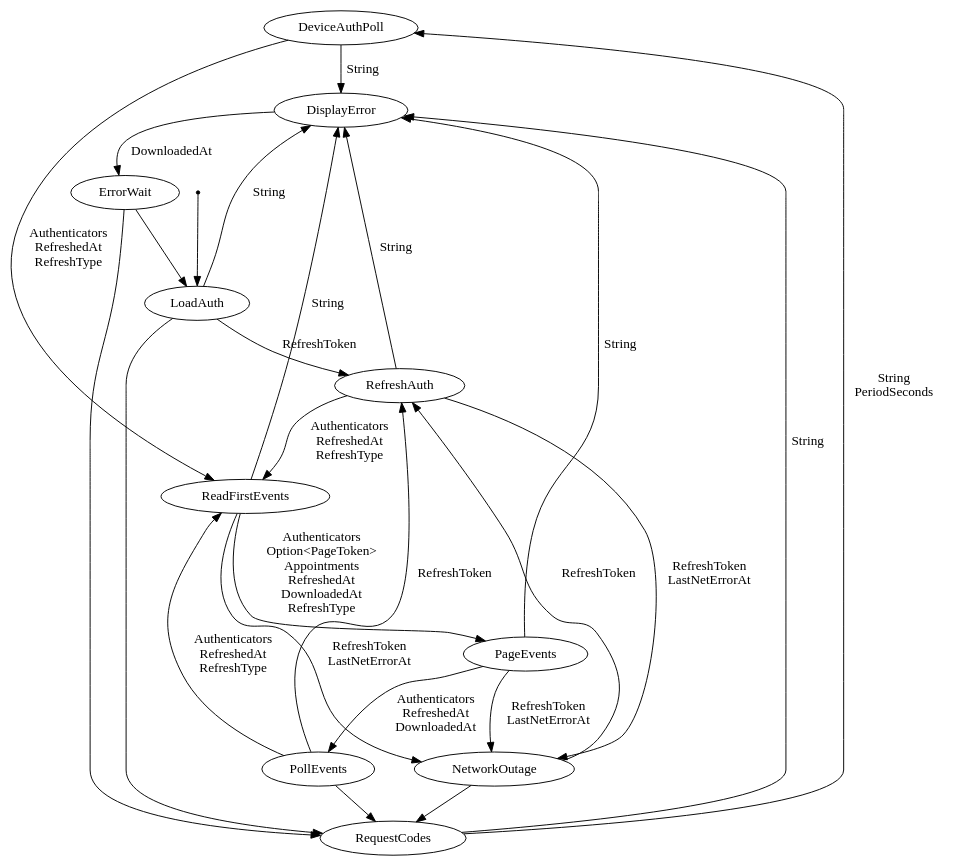
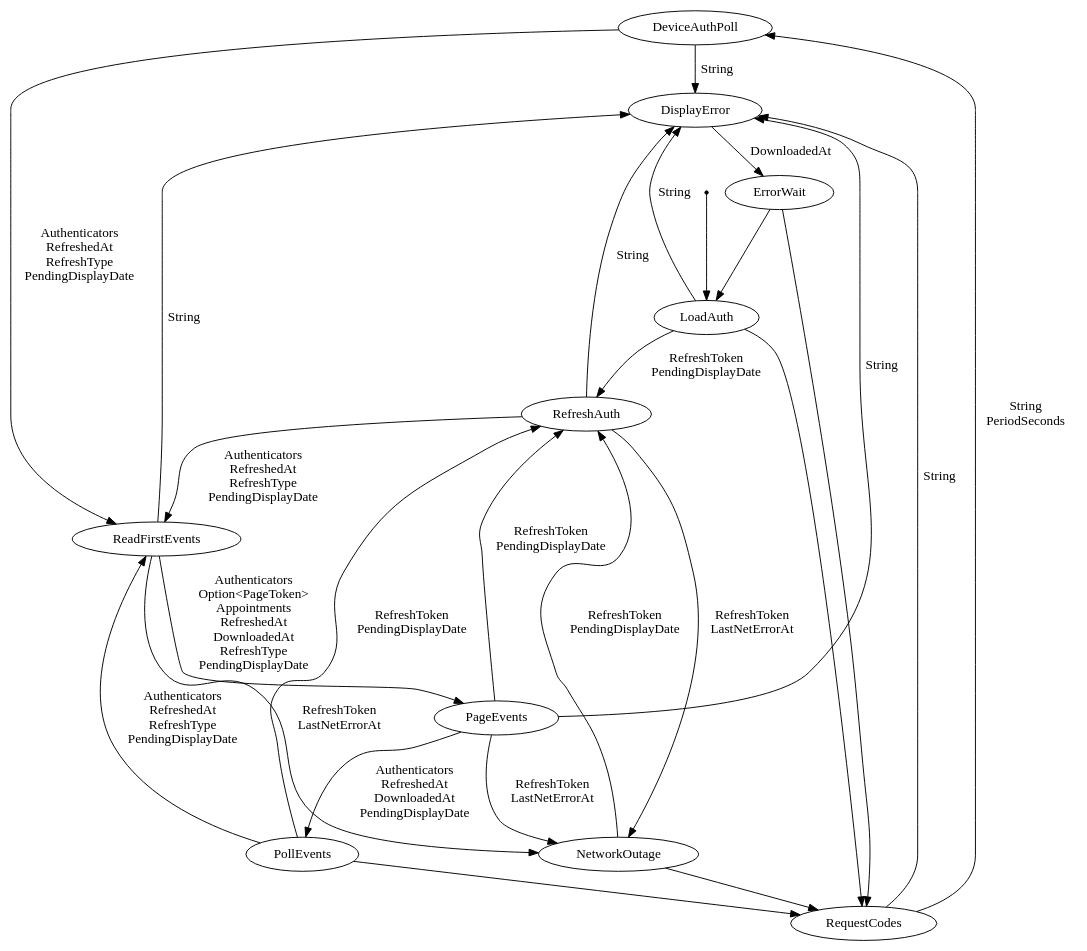
Before and after one commit to kieranjwhite/calendar_mirror: the diagram in docs/cal_machine.dot, drawn with Graphviz. The commit also changed 2 other files, not shown here.

Commit message:
fixes how a date change on the clock is handled by containing all the logic within a single state (PageEvents)

```diff
--- a/docs/cal_machine.dot
+++ b/docs/cal_machine.dot
@@ -1,38 +1,39 @@
 digraph cal_stm {
     DeviceAuthPoll[label="DeviceAuthPoll"][shape="ellipse"];
     DisplayError[label="DisplayError"][shape="ellipse"];
     ErrorWait[label="ErrorWait"][shape="ellipse"];
     LoadAuth[label="LoadAuth"][shape="ellipse"];
     NetworkOutage[label="NetworkOutage"][shape="ellipse"];
     PageEvents[label="PageEvents"][shape="ellipse"];
     PollEvents[label="PollEvents"][shape="ellipse"];
     ReadFirstEvents[label="ReadFirstEvents"][shape="ellipse"];
     RefreshAuth[label="RefreshAuth"][shape="ellipse"];
     RequestCodes[label="RequestCodes"][shape="ellipse"];
     _start[label="_start"][shape="point"];
     _start -> LoadAuth[label=""];
     ErrorWait -> LoadAuth[label=""];
     DisplayError -> ErrorWait[label="DownloadedAt\n"];
     ErrorWait -> RequestCodes[label=""];
     LoadAuth -> RequestCodes[label=""];
     NetworkOutage -> RequestCodes[label=""];
     PollEvents -> RequestCodes[label=""];
-    LoadAuth -> RefreshAuth[label="RefreshToken\n"];
-    NetworkOutage -> RefreshAuth[label="RefreshToken\n"];
-    PollEvents -> RefreshAuth[label="RefreshToken\n"];
-    DeviceAuthPoll -> ReadFirstEvents[label="Authenticators\nRefreshedAt\nRefreshType\n"];
-    RefreshAuth -> ReadFirstEvents[label="Authenticators\nRefreshedAt\nRefreshType\n"];
-    PollEvents -> ReadFirstEvents[label="Authenticators\nRefreshedAt\nRefreshType\n"];
+    LoadAuth -> RefreshAuth[label="RefreshToken\nPendingDisplayDate\n"];
+    NetworkOutage -> RefreshAuth[label="RefreshToken\nPendingDisplayDate\n"];
+    PageEvents -> RefreshAuth[label="RefreshToken\nPendingDisplayDate\n"];
+    PollEvents -> RefreshAuth[label="RefreshToken\nPendingDisplayDate\n"];
+    DeviceAuthPoll -> ReadFirstEvents[label="Authenticators\nRefreshedAt\nRefreshType\nPendingDisplayDate\n"];
+    RefreshAuth -> ReadFirstEvents[label="Authenticators\nRefreshedAt\nRefreshType\nPendingDisplayDate\n"];
+    PollEvents -> ReadFirstEvents[label="Authenticators\nRefreshedAt\nRefreshType\nPendingDisplayDate\n"];
     RequestCodes -> DeviceAuthPoll[label="String\nPeriodSeconds\n"];
     LoadAuth -> DisplayError[label="String\n"];
     PageEvents -> DisplayError[label="String\n"];
     DeviceAuthPoll -> DisplayError[label="String\n"];
     ReadFirstEvents -> DisplayError[label="String\n"];
     RefreshAuth -> DisplayError[label="String\n"];
     RequestCodes -> DisplayError[label="String\n"];
-    ReadFirstEvents -> PageEvents[label="Authenticators\nOption<PageToken>\nAppointments\nRefreshedAt\nDownloadedAt\nRefreshType\n"];
-    PageEvents -> PollEvents[label="Authenticators\nRefreshedAt\nDownloadedAt\n"];
+    ReadFirstEvents -> PageEvents[label="Authenticators\nOption<PageToken>\nAppointments\nRefreshedAt\nDownloadedAt\nRefreshType\nPendingDisplayDate\n"];
+    PageEvents -> PollEvents[label="Authenticators\nRefreshedAt\nDownloadedAt\nPendingDisplayDate\n"];
     RefreshAuth -> NetworkOutage[label="RefreshToken\nLastNetErrorAt\n"];
     ReadFirstEvents -> NetworkOutage[label="RefreshToken\nLastNetErrorAt\n"];
     PageEvents -> NetworkOutage[label="RefreshToken\nLastNetErrorAt\n"];
 }
```
